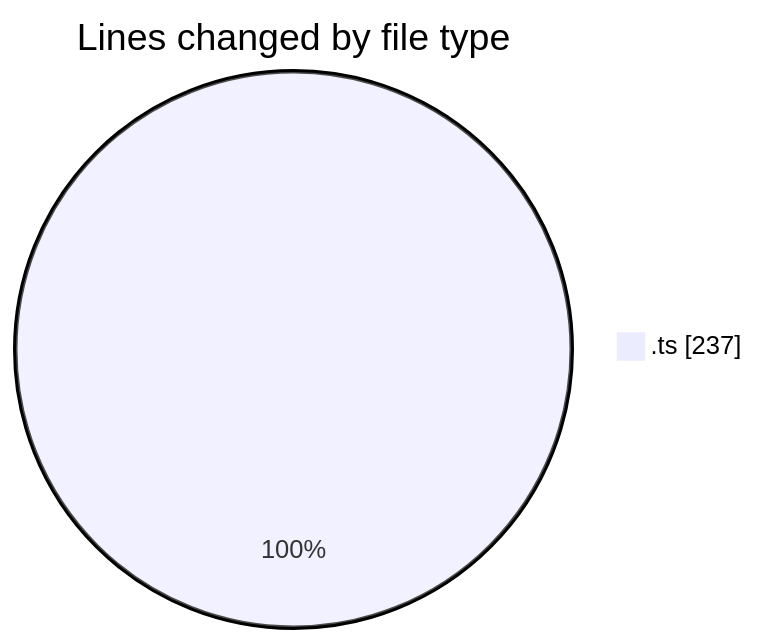
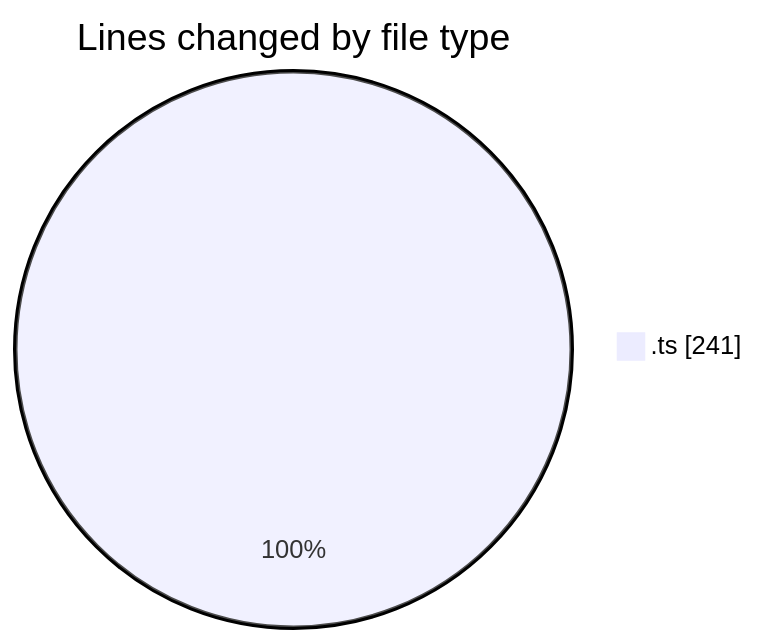
Before and after one commit to momahboobian/code-tracking: the first of 2 diagrams in 2025-11-27/cda/README.md, drawn with Mermaid. The commit also changed other lines of this file and 1 other file, not shown here.

````diff
--- a/2025-11-27/cda/README.md
+++ b/2025-11-27/cda/README.md
@@ -21,5 +21,5 @@
 ```mermaid
 pie showData
 title Lines changed by file type
-".ts" : 237
+".ts" : 241
 ```
````
